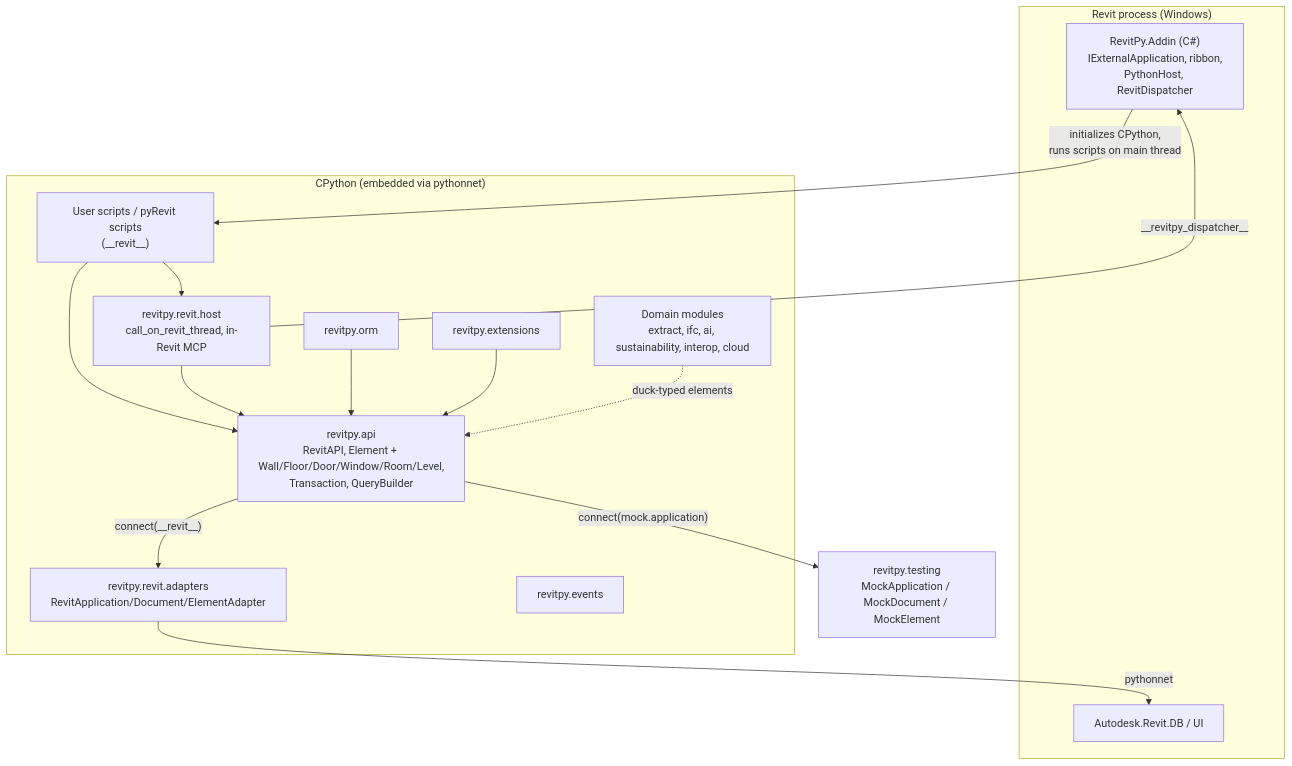
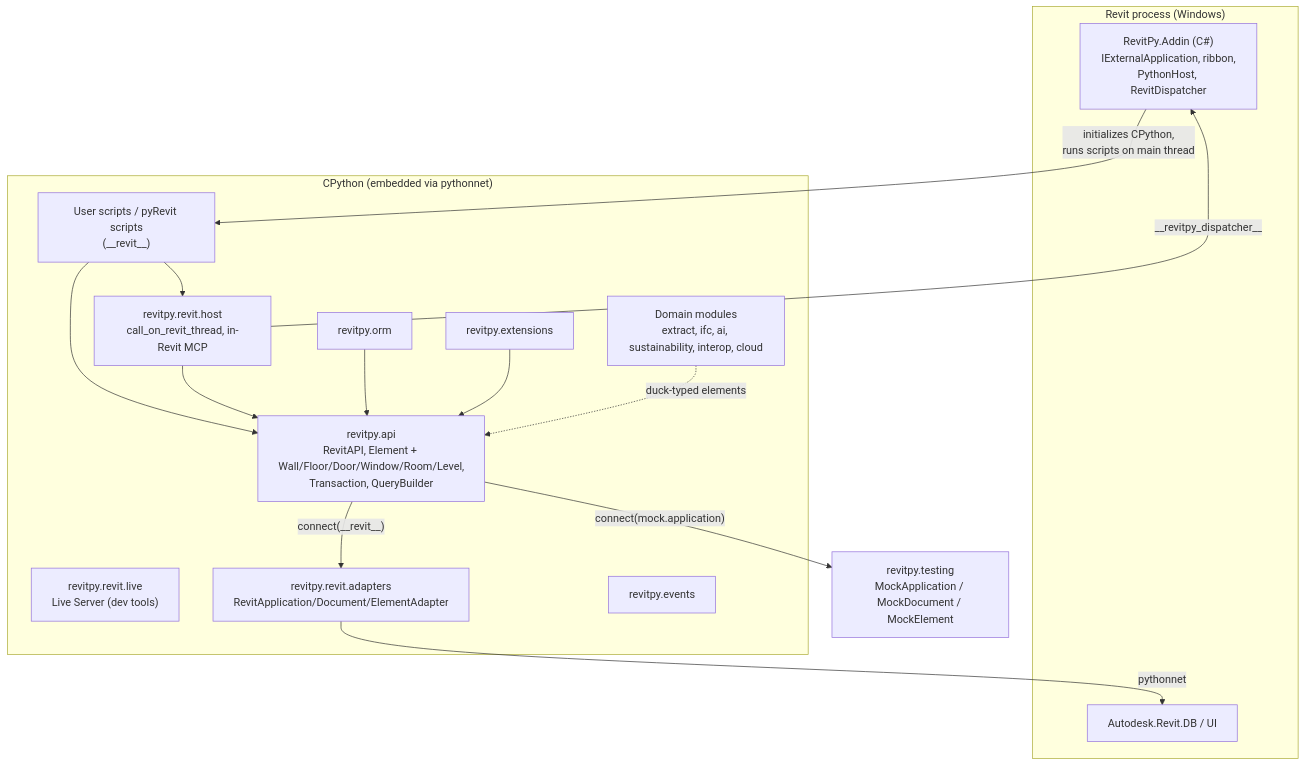
Before and after one commit to aj-geddes/revitpy: the first of 2 diagrams in docs/developer/architecture.md, drawn with Mermaid. The commit also changed other lines of this file and 15 other files, not shown here.

First line of the commit message:
Add the RevitPy Live Server for development tools

````diff
--- a/docs/developer/architecture.md
+++ b/docs/developer/architecture.md
@@ -17,32 +17,33 @@
 ```mermaid
 graph TD
     subgraph Revit["Revit process (Windows)"]
         RevitDB["Autodesk.Revit.DB / UI"]
         Addin["RevitPy.Addin (C#)<br/>IExternalApplication, ribbon,<br/>PythonHost, RevitDispatcher"]
     end
 
     subgraph Python["CPython (embedded via pythonnet)"]
         Scripts["User scripts / pyRevit scripts<br/>(__revit__)"]
         Host["revitpy.revit.host<br/>call_on_revit_thread, in-Revit MCP"]
+        Live["revitpy.revit.live<br/>Live Server (dev tools)"]
         API["revitpy.api<br/>RevitAPI, Element + Wall/Floor/Door/Window/Room/Level,<br/>Transaction, QueryBuilder"]
         Adapters["revitpy.revit.adapters<br/>RevitApplication/Document/ElementAdapter"]
         ORM["revitpy.orm"]
         Events["revitpy.events"]
         Ext["revitpy.extensions"]
         Domain["Domain modules<br/>extract, ifc, ai, sustainability, interop, cloud"]
     end
 
     Mock["revitpy.testing<br/>MockApplication / MockDocument / MockElement"]
 
     Addin -->|"initializes CPython,<br/>runs scripts on main thread"| Scripts
     Scripts --> API
     Scripts --> Host
     Host --> API
     ORM --> API
     Ext --> API
     Domain -.->|duck-typed elements| API
     API -->|"connect(__revit__)"| Adapters
     API -->|"connect(mock.application)"| Mock
     Adapters -->|pythonnet| RevitDB
     Host -->|"__revitpy_dispatcher__"| Addin
 ```
````
